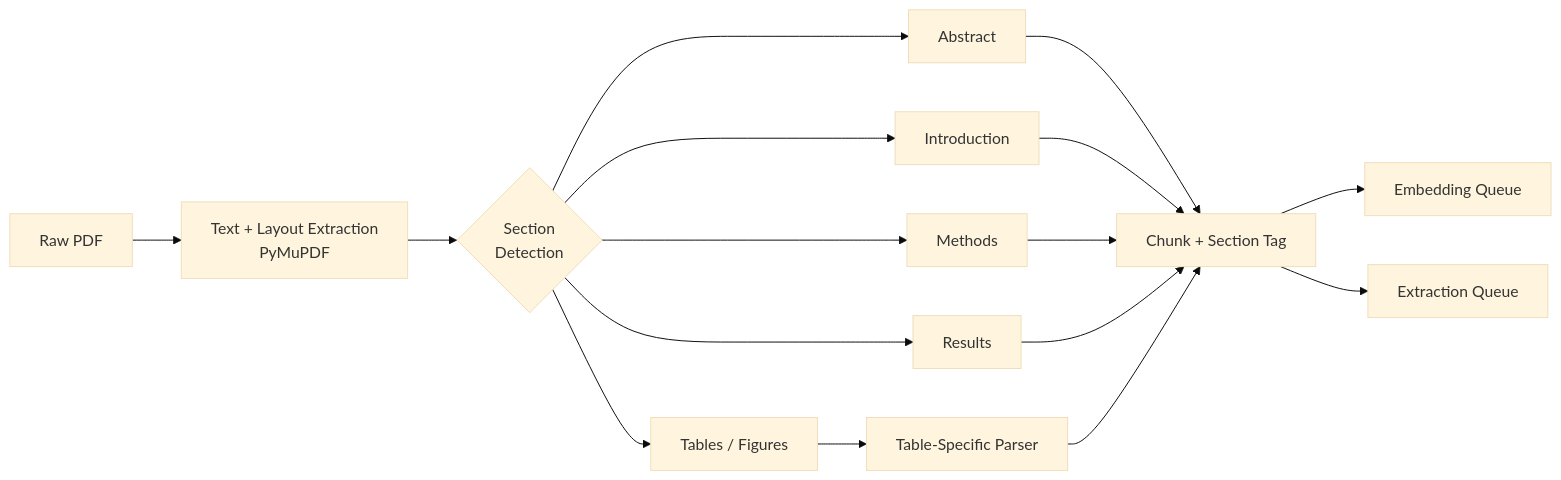
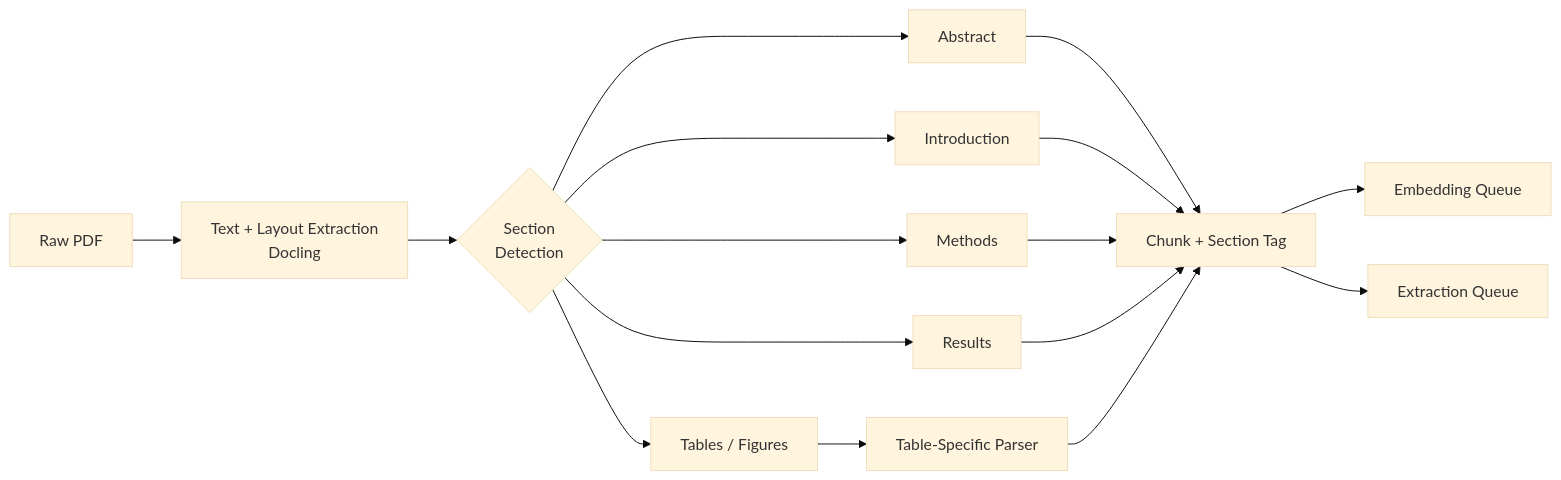
Before and after one commit to HarshvardhanJ/papermind: the third of 3 diagrams in README.md, drawn with Mermaid (base theme). The commit also changed other lines of this file, not shown here.

````diff
--- a/README.md
+++ b/README.md
@@ -70,20 +70,20 @@
 ```mermaid
 graph LR
-    A[Raw PDF] --> B[Text + Layout Extraction<br/>PyMuPDF]
+    A[Raw PDF] --> B[Text + Layout Extraction<br/>Docling]
     B --> C{Section<br/>Detection}
     C --> D[Abstract]
     C --> E[Introduction]
     C --> F[Methods]
     C --> G[Results]
     C --> H[Tables / Figures]
 
     D --> I[Chunk + Section Tag]
     E --> I
     F --> I
     G --> I
     H --> J[Table-Specific Parser]
     J --> I
 
     I --> K[Embedding Queue]
     I --> L[Extraction Queue]
 ```
````
